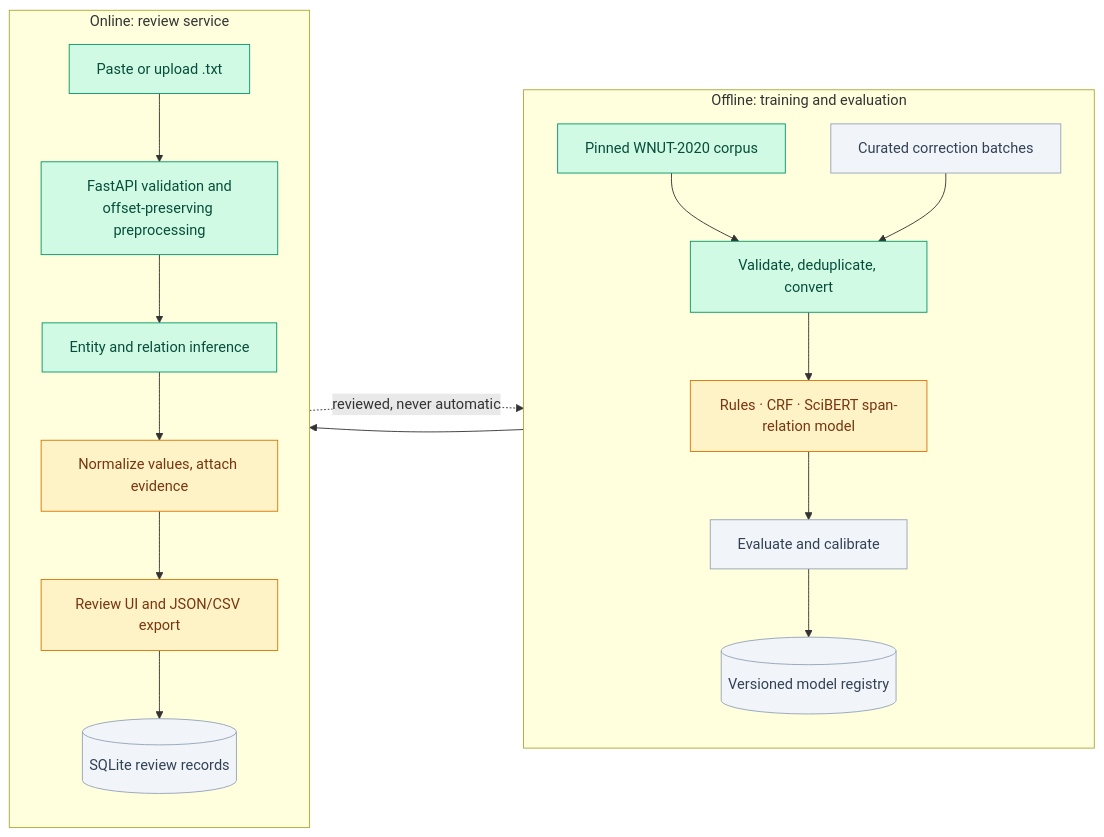
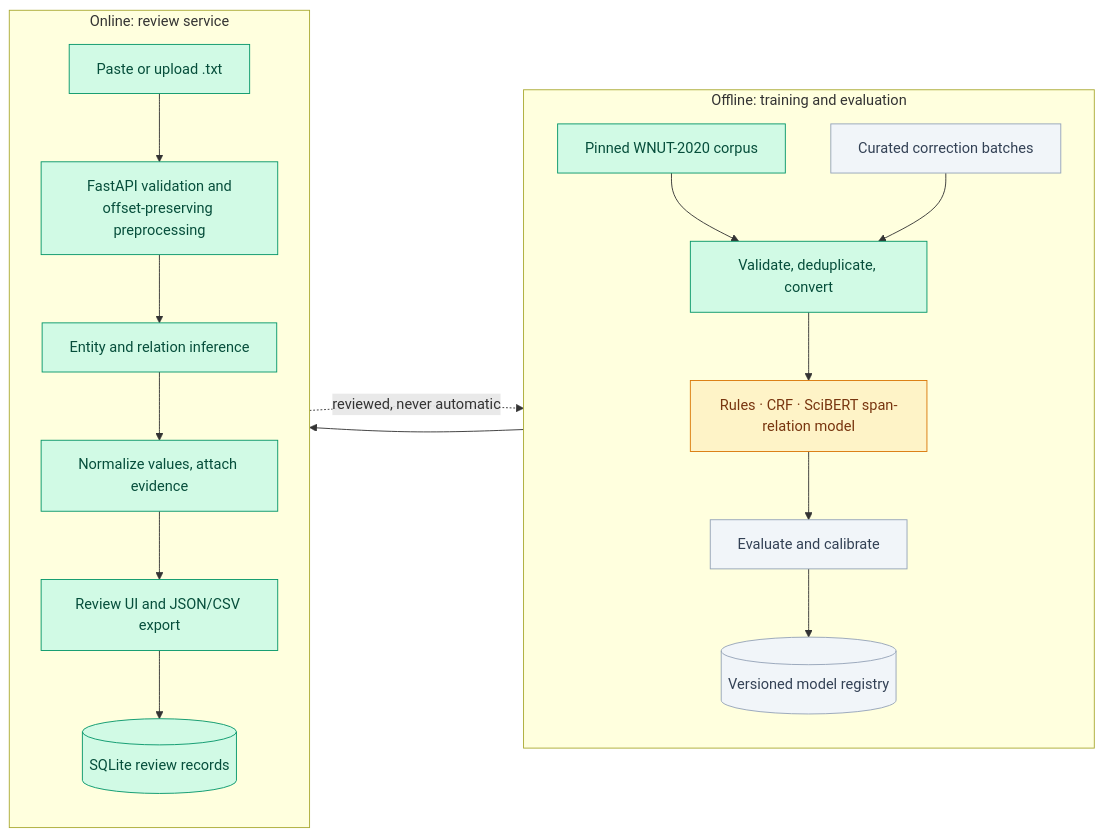
Before and after one commit to professor3333/ProtocolLedger: the diagram in README.md, drawn with Mermaid. The commit also changed other lines of this file and 8 other files, not shown here.

````diff
--- a/README.md
+++ b/README.md
@@ -51,28 +51,28 @@
 ```mermaid
 flowchart LR
   subgraph OFF["Offline: training and evaluation"]
     direction TB
     A["Pinned WNUT-2020 corpus"] --> B["Validate, deduplicate, convert"]
     R["Curated correction batches"] --> B
     B --> C["Rules · CRF · SciBERT span-relation model"]
     C --> D["Evaluate and calibrate"]
     D --> E[("Versioned model registry")]
   end
   subgraph ON["Online: review service"]
     direction TB
     F["Paste or upload .txt"] --> G["FastAPI validation and<br/>offset-preserving preprocessing"]
     G --> H["Entity and relation inference"]
     H --> I["Normalize values, attach evidence"]
     I --> J["Review UI and JSON/CSV export"]
     J --> K[("SQLite review records")]
   end
   E --> H
   K -. "reviewed, never automatic" .-> R
 
   classDef done fill:#d1fae5,stroke:#059669,color:#064e3b
   classDef wip fill:#fef3c7,stroke:#d97706,color:#78350f
   classDef planned fill:#f1f5f9,stroke:#94a3b8,color:#334155
-  class A,B,F,G,H done
-  class C,I,J wip
-  class R,D,E,K planned
+  class A,B,F,G,H,I,J,K done
+  class C wip
+  class R,D,E planned
 ```
````
